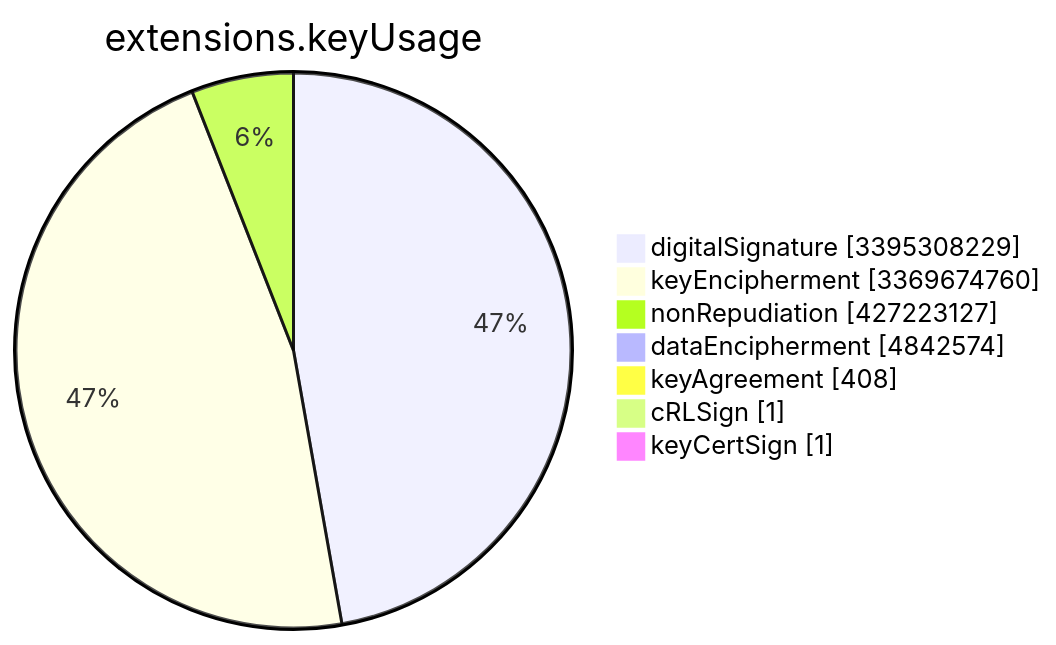
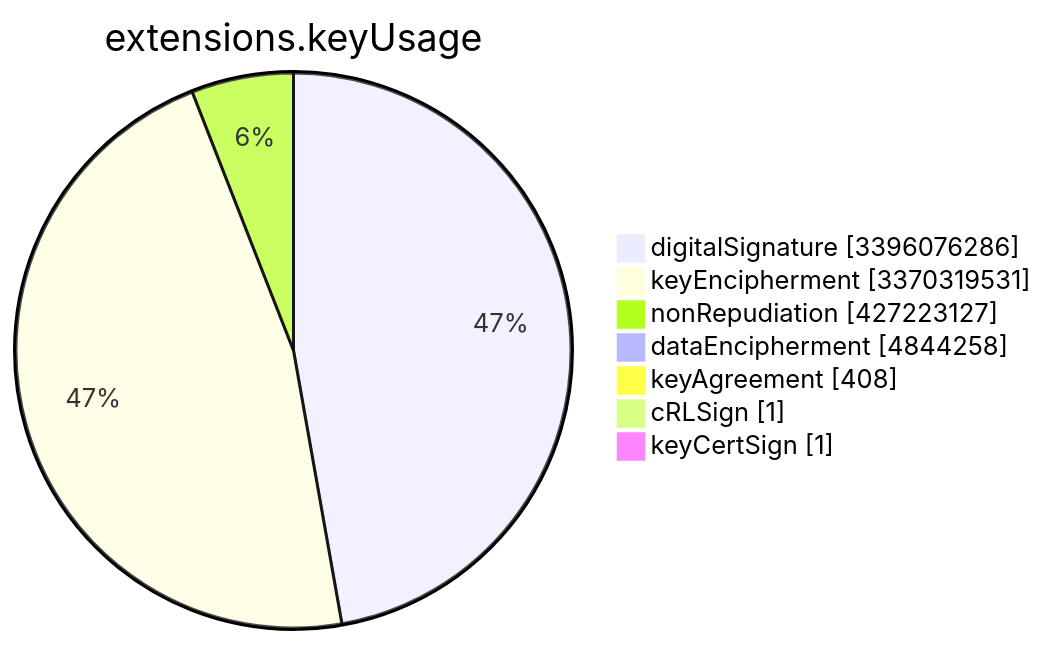
One commit to christiankrug/ctmonitor_visualization changed the sixth of 15 diagrams in TOTAL/README.md. Above: the diagram before and after it, drawn with Mermaid. The commit also changed other lines of this file, not shown here.

````diff
--- a/TOTAL/README.md
+++ b/TOTAL/README.md
@@ -3081,11 +3081,11 @@
 ```mermaid
 pie showData
 title extensions.keyUsage
-"digitalSignature" :3395308229
-"keyEncipherment" :3369674760
+"digitalSignature" :3396076286
+"keyEncipherment" :3370319531
 "nonRepudiation" :427223127
-"dataEncipherment" :4842574
+"dataEncipherment" :4844258
 "keyAgreement" :408
 "cRLSign" :1
 "keyCertSign" :1
 ```
````
